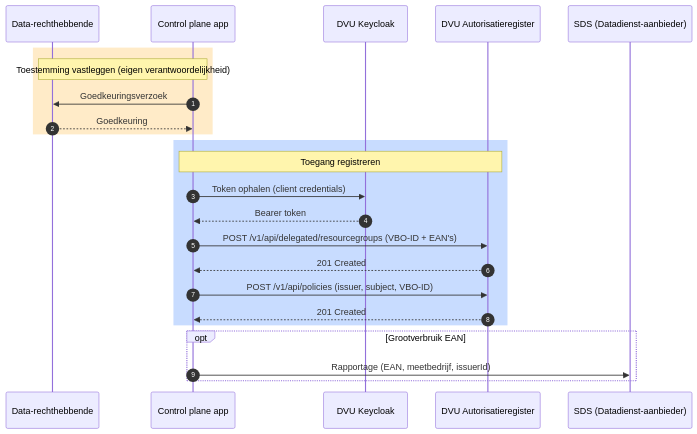
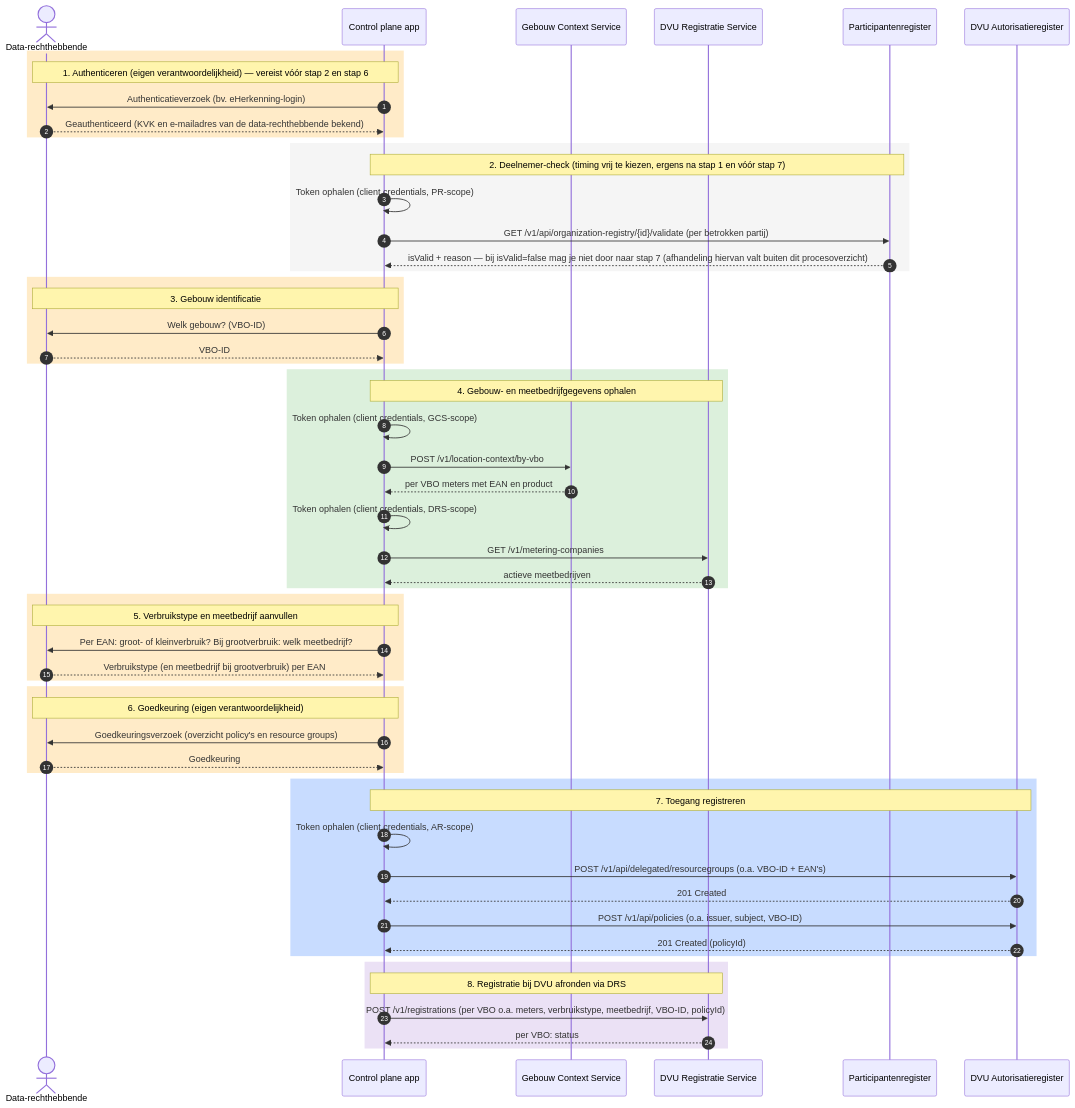
The diagram in dvu-draft/aansluiten-control-plane.md (POORT8/Poort8.Docs), drawn with Mermaid before and after one commit. The commit also changed other lines of this file, not shown here.

Commit message:
Deploy dvu-draft docs: 647cfb551f549ea7d38dd22b05e08ec1d20079c0

````diff
--- a/dvu-draft/aansluiten-control-plane.md
+++ b/dvu-draft/aansluiten-control-plane.md
@@ -29,29 +40,66 @@
 ```mermaid
 sequenceDiagram
     autonumber
-    participant Owner as Data-rechthebbende
+    actor Owner as Data-rechthebbende
     participant App as Control plane app
-    participant Auth as DVU Keycloak
+    participant GCS as Gebouw Context Service
+    participant DRS as DVU Registratie Service
+    participant PR as Participantenregister
     participant DVU as DVU Autorisatieregister
-    participant SDS as SDS (Datadienst-aanbieder)
 
     rect rgb(255, 235, 200)
-        note over Owner,App: Toestemming vastleggen (eigen verantwoordelijkheid)
-        App->>Owner: Goedkeuringsverzoek
+        note over Owner,App: 1. Authenticeren (eigen verantwoordelijkheid) — vereist vóór stap 2 en stap 6
+        App->>Owner: Authenticatieverzoek (bv. eHerkenning-login)
+        Owner-->>App: Geauthenticeerd (KVK en e-mailadres van de data-rechthebbende bekend)
+    end
+
+    rect rgb(245, 245, 245)
+        note over App,PR: 2. Deelnemer-check (timing vrij te kiezen, ergens na stap 1 en vóór stap 7)
+        App->>App: Token ophalen (client credentials, PR-scope)
+        App->>PR: GET /v1/api/organization-registry/{id}/validate (per betrokken partij)
+        PR-->>App: isValid + reason — bij isValid=false mag je niet door naar stap 7 (afhandeling hiervan valt buiten dit procesoverzicht)
+    end
+
+    rect rgb(255, 235, 200)
+        note over Owner,App: 3. Gebouw identificatie
+        App->>Owner: Welk gebouw? (VBO-ID)
+        Owner-->>App: VBO-ID
+    end
+
+    rect rgb(220, 240, 220)
+        note over App,DRS: 4. Gebouw- en meetbedrijfgegevens ophalen
+        App->>App: Token ophalen (client credentials, GCS-scope)
+        App->>GCS: POST /v1/location-context/by-vbo
+        GCS-->>App: per VBO meters met EAN en product
+        App->>App: Token ophalen (client credentials, DRS-scope)
+        App->>DRS: GET /v1/metering-companies
+        DRS-->>App: actieve meetbedrijven
+    end
+
+    rect rgb(255, 235, 200)
+        note over Owner,App: 5. Verbruikstype en meetbedrijf aanvullen
+        App->>Owner: Per EAN: groot- of kleinverbruik? Bij grootverbruik: welk meetbedrijf?
+        Owner-->>App: Verbruikstype (en meetbedrijf bij grootverbruik) per EAN
+    end
+
+    rect rgb(255, 235, 200)
+        note over Owner,App: 6. Goedkeuring (eigen verantwoordelijkheid)
+        App->>Owner: Goedkeuringsverzoek (overzicht policy's en resource groups)
         Owner-->>App: Goedkeuring
     end
 
     rect rgb(200, 220, 255)
-        note over App,DVU: Toegang registreren
-        App->>Auth: Token ophalen (client credentials)
-        Auth-->>App: Bearer token
-        App->>DVU: POST /v1/api/delegated/resourcegroups (VBO-ID + EAN's)
+        note over App,DVU: 7. Toegang registreren
+        App->>App: Token ophalen (client credentials, AR-scope)
+        App->>DVU: POST /v1/api/delegated/resourcegroups (o.a. VBO-ID + EAN's)
         DVU-->>App: 201 Created
-        App->>DVU: POST /v1/api/policies (issuer, subject, VBO-ID)
-        DVU-->>App: 201 Created
+        App->>DVU: POST /v1/api/policies (o.a. issuer, subject, VBO-ID)
+        DVU-->>App: 201 Created (policyId)
     end
 
-    opt Grootverbruik EAN
-        App->>SDS: Rapportage (EAN, meetbedrijf, issuerId)
+    rect rgb(235, 225, 245)
+        note over App,DRS: 8. Registratie bij DVU afronden via DRS
+        App->>DRS: POST /v1/registrations (per VBO o.a. meters, verbruikstype, meetbedrijf, VBO-ID, policyId)
+        DRS-->>App: per VBO: status
     end
 ```
````
